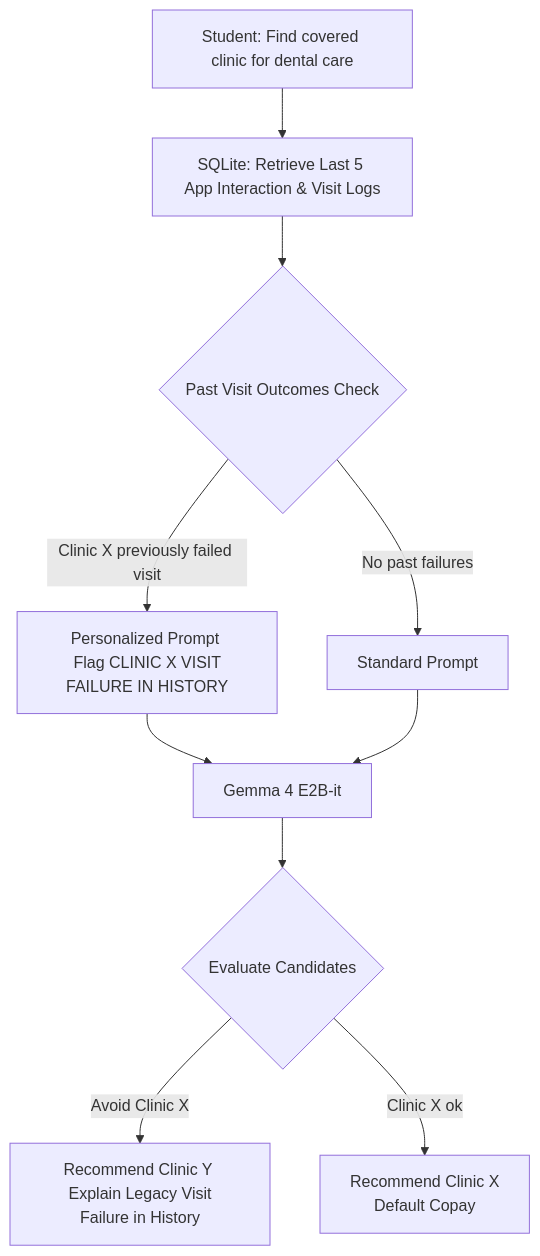
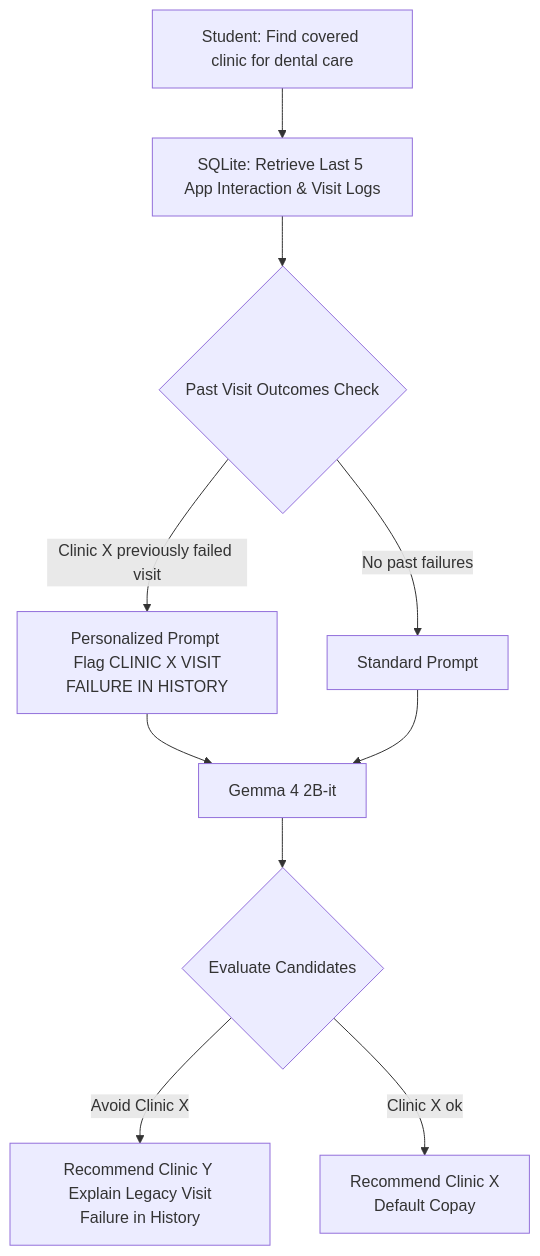
Before and after one commit to tuyishimejeandamour/capstone: the seventh of 11 diagrams in proposal.md, drawn with Mermaid. The commit also changed other lines of this file and 52 other files, not shown here.

Commit message:
Update project dependencies, enhance database schema for hospitals, and improve location-based hospital recommendations in the app.

````diff
--- a/proposal.md
+++ b/proposal.md
@@ -653,12 +625,12 @@
 ```mermaid
 graph TD
     A[Student: Find covered clinic for dental care] --> B[SQLite: Retrieve Last 5 App Interaction & Visit Logs]
     B --> C{Past Visit Outcomes Check}
     C -->|Clinic X previously failed visit| D[Personalized Prompt <br> Flag CLINIC X VISIT FAILURE IN HISTORY]
     C -->|No past failures| E[Standard Prompt]
-    D --> F[Gemma 4 E2B-it]
+    D --> F[Gemma 4 2B-it]
     E --> F
     F --> G{Evaluate Candidates}
     G -->|Avoid Clinic X| H[Recommend Clinic Y <br> Explain Legacy Visit Failure in History]
     G -->|Clinic X ok| I[Recommend Clinic X <br> Default Copay]
 ```
````
